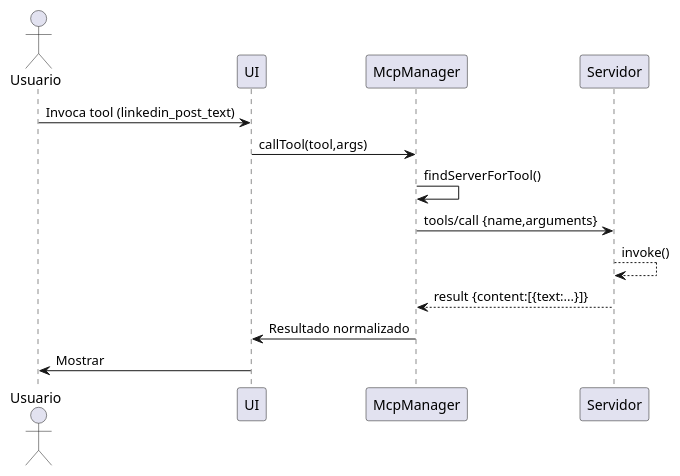
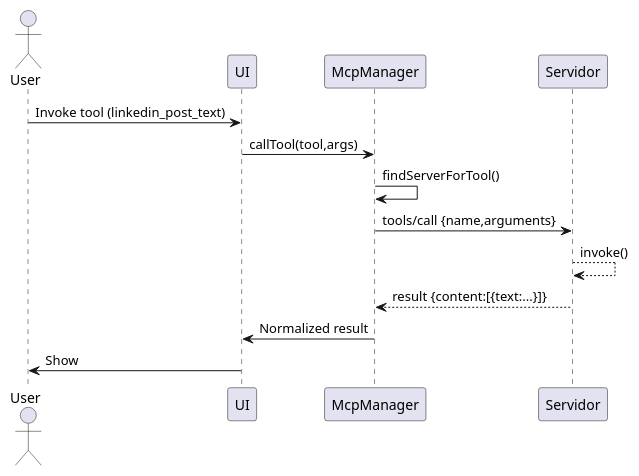
The second of 3 diagrams in docs/mcp-architecture.md (vjsr007/ollama-chat), drawn with PlantUML before and after one commit. The commit also changed other lines of this file, not shown here.

````diff
--- a/docs/mcp-architecture.md
+++ b/docs/mcp-architecture.md
@@ -53,16 +53,16 @@
 ```plantuml
 @startuml
-actor Usuario as U
+actor User as U
 participant UI
 participant McpManager as Host
 participant Servidor as S
-U -> UI: Invoca tool (linkedin_post_text)
+U -> UI: Invoke tool (linkedin_post_text)
 UI -> Host: callTool(tool,args)
 Host -> Host: findServerForTool()
 Host -> S: tools/call {name,arguments}
 S --> S: invoke()
 S --> Host: result {content:[{text:...}]}
-Host -> UI: Resultado normalizado
-UI -> U: Mostrar
+Host -> UI: Normalized result
+UI -> U: Show
 @enduml
 ```
````
